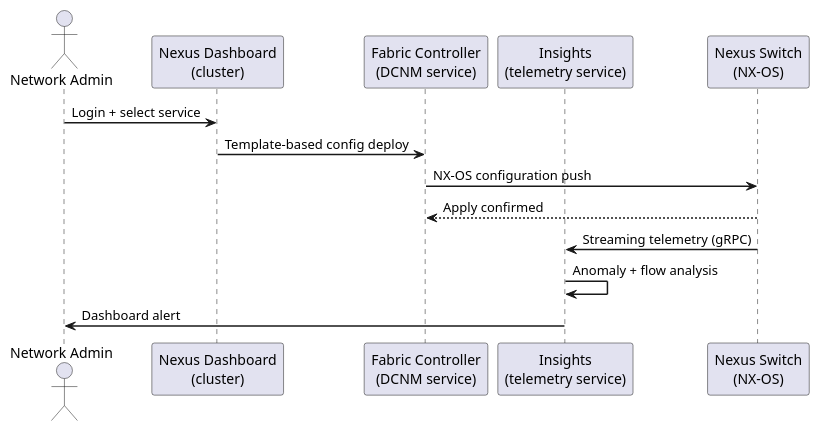
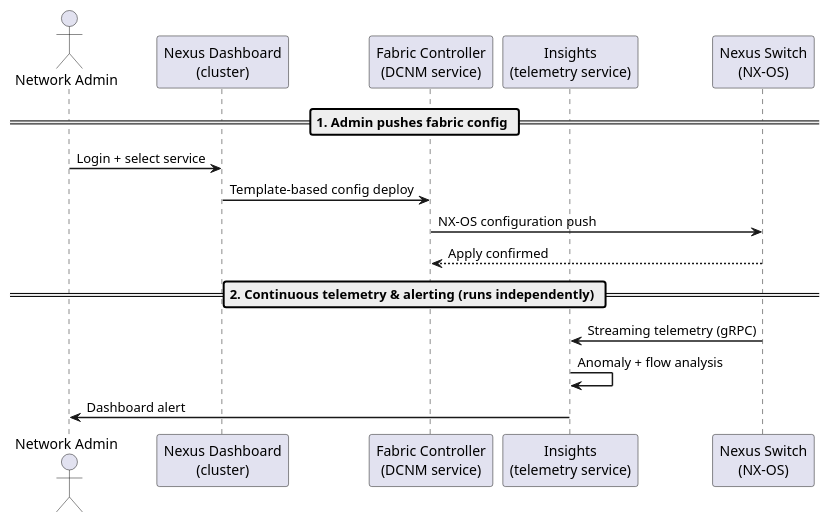
One commit to canast01/chris-kb changed the diagram in docs/san/cisco/nexus-dashboard/architecture/how-it-works.md. Above: the diagram before and after it, drawn with PlantUML. The commit also changed 14 other files, not shown here.

First line of the commit message:
Add phase dividers to PlantUML sequence diagrams mixing unrelated flows; fix PowerMax escalation box-vs-footer overlap

````diff
--- a/docs/san/cisco/nexus-dashboard/architecture/how-it-works.md
+++ b/docs/san/cisco/nexus-dashboard/architecture/how-it-works.md
@@ -16,21 +16,23 @@
 ```plantuml
 @startuml
 skinparam sequenceArrowThickness 1.5
 skinparam roundcorner 5
 
 actor "Network Admin" as ADM
 participant "Nexus Dashboard\n(cluster)" as ND
 participant "Fabric Controller\n(DCNM service)" as FC
 participant "Insights\n(telemetry service)" as INS
 participant "Nexus Switch\n(NX-OS)" as SW
 
+== 1. Admin pushes fabric config ==
 ADM -> ND: Login + select service
 ND -> FC: Template-based config deploy
 FC -> SW: NX-OS configuration push
 SW --> FC: Apply confirmed
 
+== 2. Continuous telemetry & alerting (runs independently) ==
 SW -> INS: Streaming telemetry (gRPC)
 INS -> INS: Anomaly + flow analysis
 INS -> ADM: Dashboard alert
 @enduml
 ```
````
